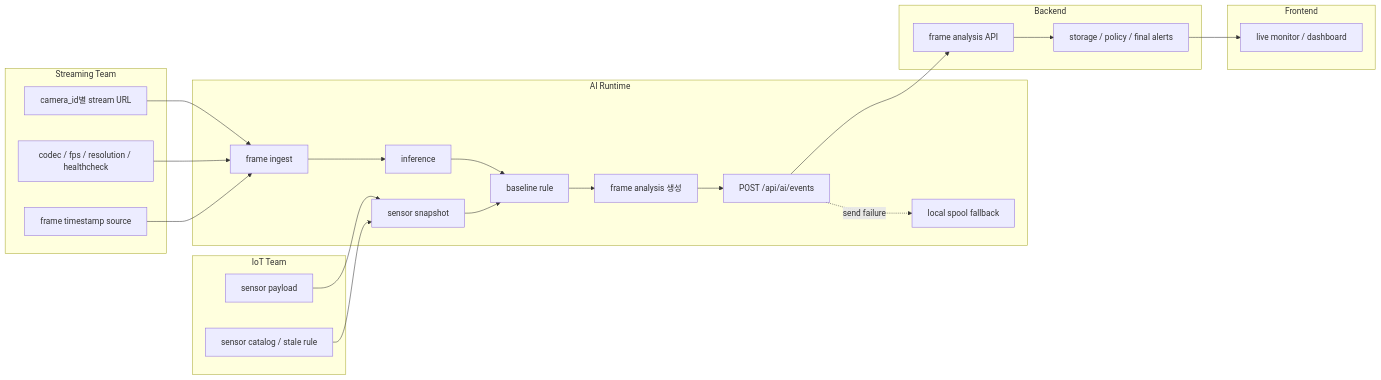
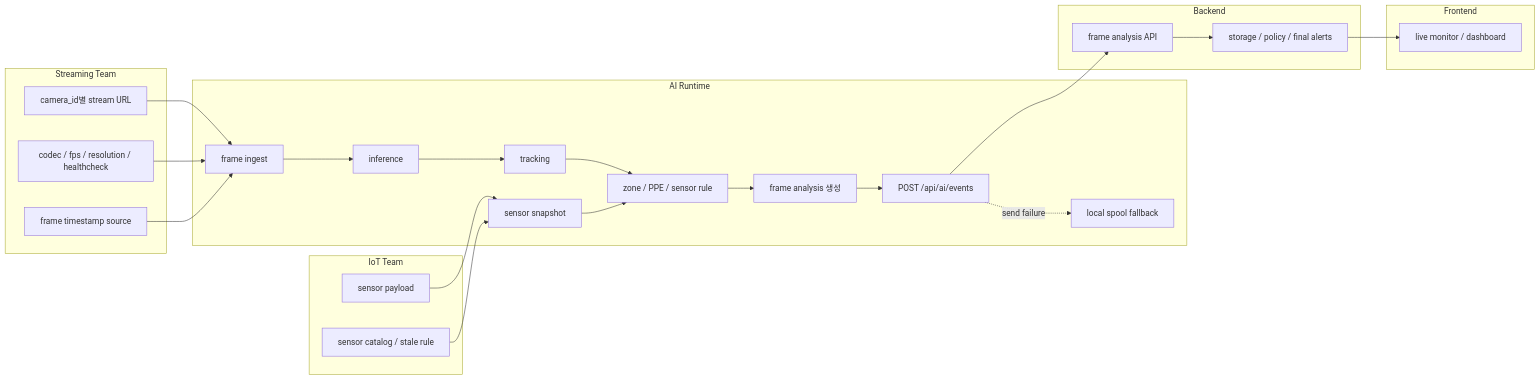
The diagram in docs/shared/architecture.md (Capstone-Bug24/be-ai-endpoint), drawn with Mermaid before and after one commit. The commit also changed other lines of this file and 33 other files, not shown here.

````diff
--- a/docs/shared/architecture.md
+++ b/docs/shared/architecture.md
@@ -5,44 +5,45 @@
 ```mermaid
 flowchart LR
     subgraph Streaming["Streaming Team"]
         S1["camera_id별 stream URL"]
         S2["codec / fps / resolution / healthcheck"]
         S3["frame timestamp source"]
     end
 
     subgraph IoT["IoT Team"]
         I1["sensor payload"]
         I2["sensor catalog / stale rule"]
     end
 
     subgraph AI["AI Runtime"]
         A1["frame ingest"]
         A2["inference"]
-        A3["sensor snapshot"]
-        A4["baseline rule"]
-        A5["frame analysis 생성"]
-        A6["POST /api/ai/events"]
-        A7["local spool fallback"]
-        A1 --> A2 --> A4 --> A5 --> A6
-        A3 --> A4
-        A6 -. "send failure" .-> A7
+        A3["tracking"]
+        A4["sensor snapshot"]
+        A5["zone / PPE / sensor rule"]
+        A6["frame analysis 생성"]
+        A7["POST /api/ai/events"]
+        A8["local spool fallback"]
+        A1 --> A2 --> A3 --> A5 --> A6 --> A7
+        A4 --> A5
+        A7 -. "send failure" .-> A8
     end
 
     subgraph Backend["Backend"]
         B1["frame analysis API"]
         B2["storage / policy / final alerts"]
         B1 --> B2
     end
 
     subgraph Frontend["Frontend"]
         F1["live monitor / dashboard"]
     end
 
     S1 --> A1
     S2 --> A1
     S3 --> A1
-    I1 --> A3
-    I2 --> A3
-    A6 --> B1
+    I1 --> A4
+    I2 --> A4
+    A7 --> B1
     B2 --> F1
 ```
````
